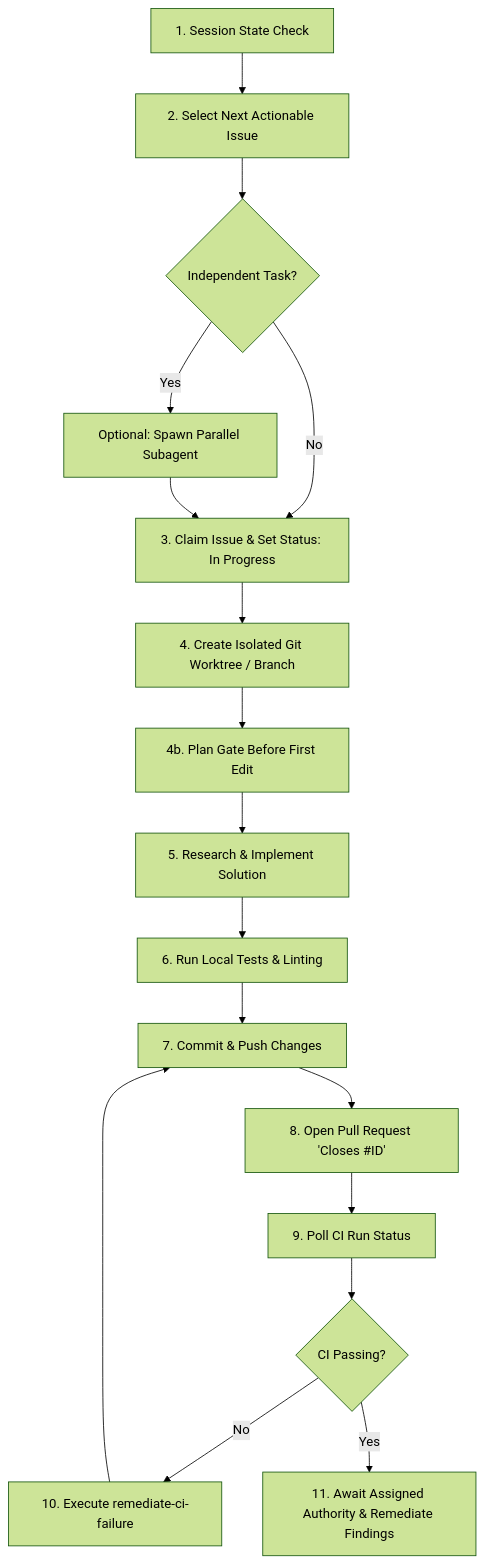
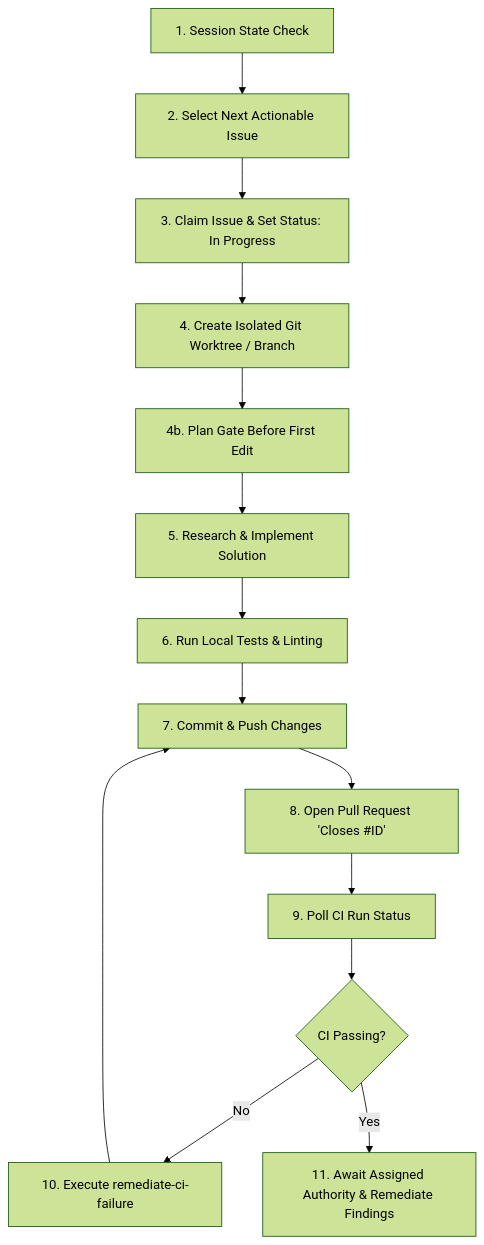
Before and after one commit to gillella/Aru_Agentic_SDLC: the diagram in skills/implement-next-issue/SKILL.md, drawn with Mermaid (forest theme). The commit also changed other lines of this file and 13 other files, not shown here.

````diff
--- a/skills/implement-next-issue/SKILL.md
+++ b/skills/implement-next-issue/SKILL.md
@@ -26,18 +26,15 @@
 ```mermaid
 flowchart TD
     A[1. Session State Check] --> B[2. Select Next Actionable Issue]
-    B --> C{Independent Task?}
-    C -- Yes --> D[Optional: Spawn Parallel Subagent]
-    C -- No --> E[3. Claim Issue & Set Status: In Progress]
-    D --> E
+    B --> E[3. Claim Issue & Set Status: In Progress]
     E --> F[4. Create Isolated Git Worktree / Branch]
     F --> P[4b. Plan Gate Before First Edit]
     P --> G[5. Research & Implement Solution]
     G --> H[6. Run Local Tests & Linting]
     H --> I[7. Commit & Push Changes]
     I --> J[8. Open Pull Request 'Closes #ID']
     J --> K[9. Poll CI Run Status]
     K --> L{CI Passing?}
     L -- No --> M[10. Execute remediate-ci-failure] --> I
     L -- Yes --> N[11. Await Assigned Authority & Remediate Findings]
 ```
````
